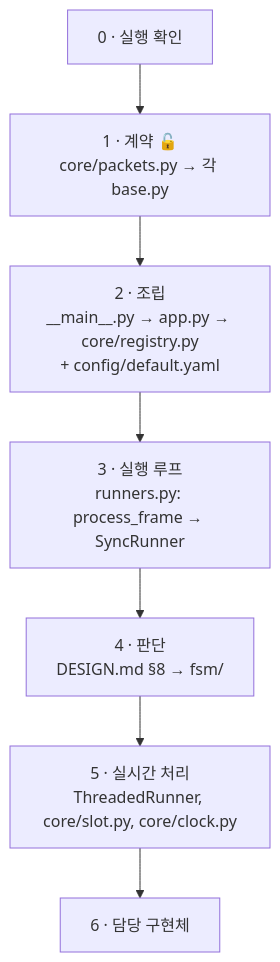
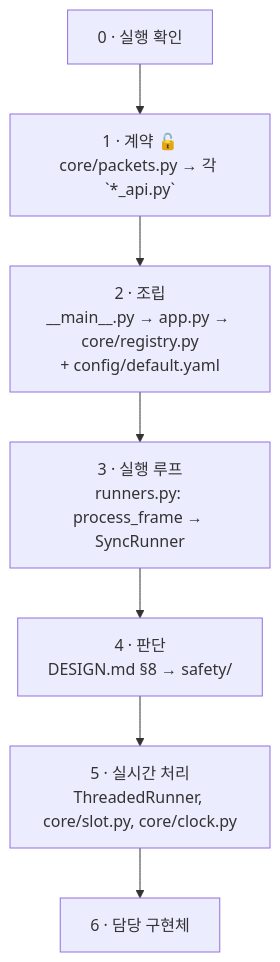
One commit to largeblueberry/MockOndeviceProject changed the seventh of 7 diagrams in docs/CODE_GUIDE.md. Above: the diagram before and after it, drawn with Mermaid. The commit also changed other lines of this file and 38 other files, not shown here.

````diff
--- a/docs/CODE_GUIDE.md
+++ b/docs/CODE_GUIDE.md
@@ -343,10 +345,10 @@
 ```mermaid
 flowchart TD
     S0["0 · 실행 확인"] --> S1
-    S1["1 · 계약 🔓<br/>core/packets.py → 각 base.py"] --> S2
+    S1["1 · 계약 🔓<br/>core/packets.py → 각 `*_api.py`"] --> S2
     S2["2 · 조립<br/>__main__.py → app.py → core/registry.py<br/>+ config/default.yaml"] --> S3
     S3["3 · 실행 루프<br/>runners.py: process_frame → SyncRunner"] --> S4
-    S4["4 · 판단<br/>DESIGN.md §8 → fsm/"] --> S5
+    S4["4 · 판단<br/>DESIGN.md §8 → safety/"] --> S5
     S5["5 · 실시간 처리<br/>ThreadedRunner, core/slot.py, core/clock.py"] --> S6
     S6["6 · 담당 구현체"]
 ```
````
